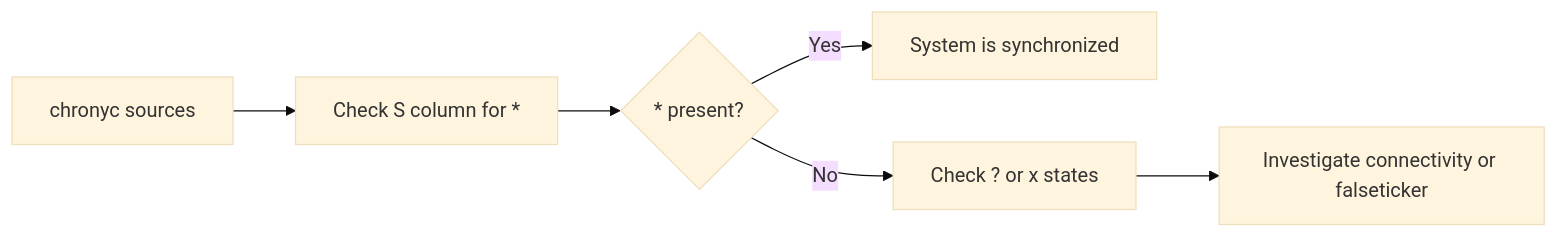
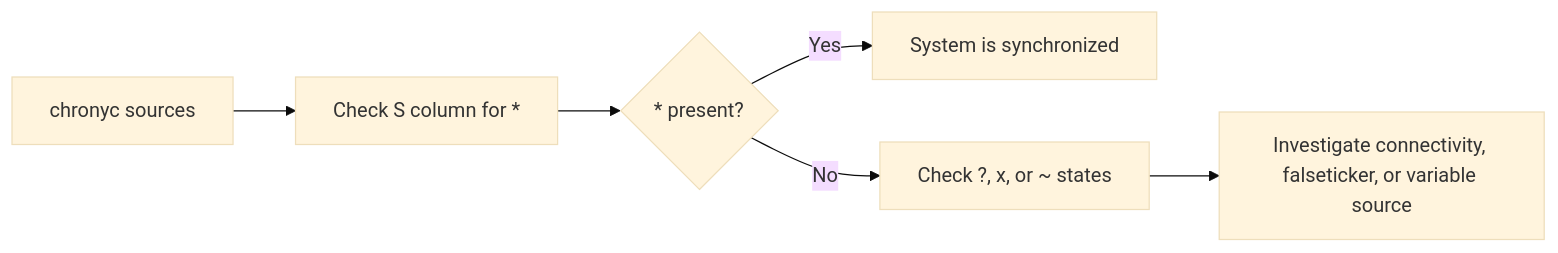
The diagram in posts/2026-03-04-verify-ntp-synchronization-chronyc-commands-rhel-9/README.md (OneUptime/blog), drawn with Mermaid (base theme) before and after one commit. The commit also changed other lines of this file and 2 other files, not shown here.

````diff
--- a/posts/2026-03-04-verify-ntp-synchronization-chronyc-commands-rhel-9/README.md
+++ b/posts/2026-03-04-verify-ntp-synchronization-chronyc-commands-rhel-9/README.md
@@ -99,8 +99,8 @@
 ```mermaid
 graph LR
     A[chronyc sources] --> B[Check S column for *]
     B --> C{* present?}
     C -->|Yes| D[System is synchronized]
-    C -->|No| E[Check ? or x states]
-    E --> F[Investigate connectivity or falseticker]
+    C -->|No| E[Check ?, x, or ~ states]
+    E --> F[Investigate connectivity, falseticker, or variable source]
 ```
````
